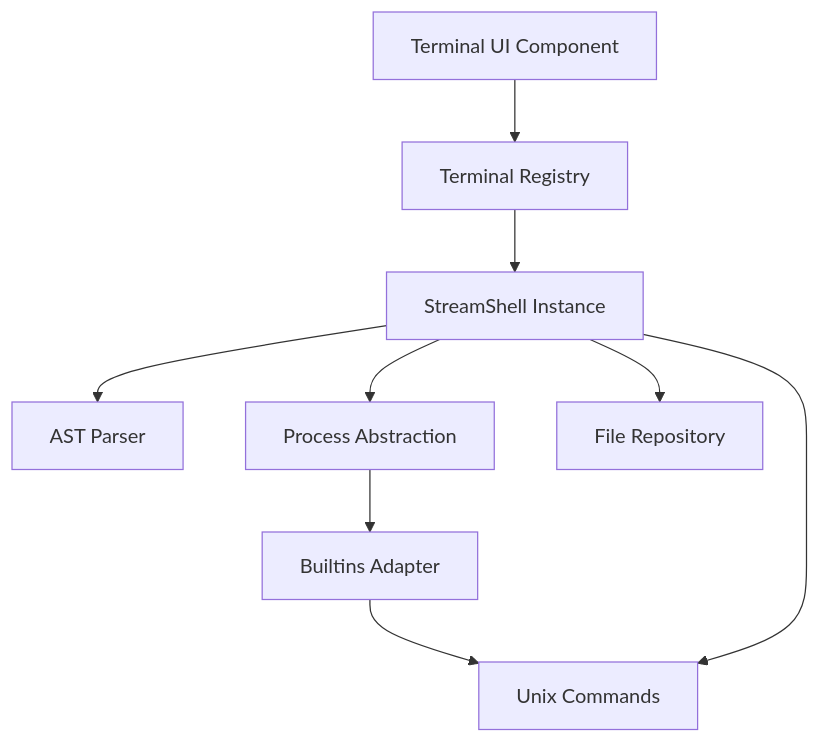
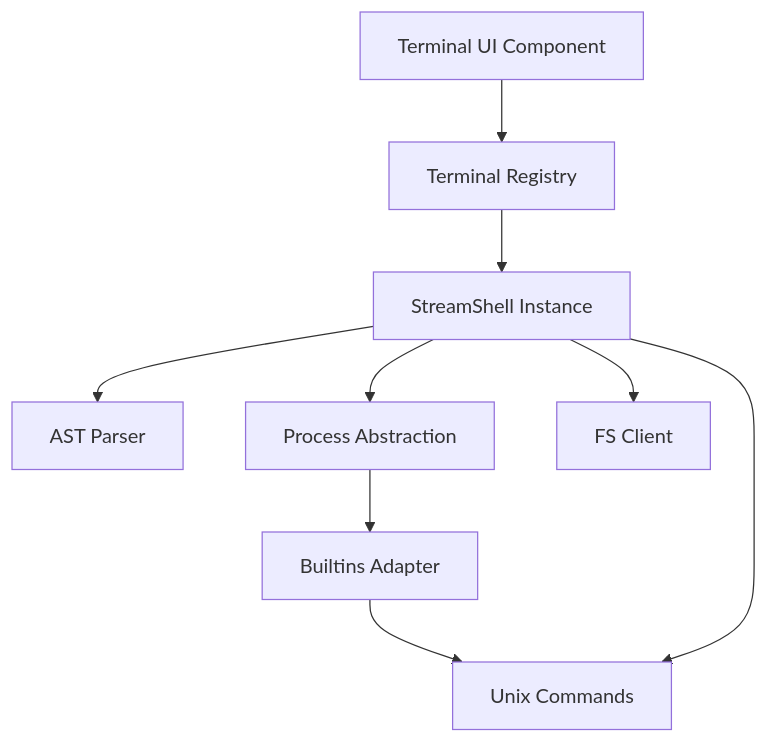
The first of 8 diagrams in docs/SHELL-SYSTEM.md (Stasshe/Pyxis-CodeCanvas), drawn with Mermaid before and after one commit. The commit also changed other lines of this file and 330 other files, not shown here.

````diff
--- a/docs/SHELL-SYSTEM.md
+++ b/docs/SHELL-SYSTEM.md
@@ -9,11 +9,11 @@
 ```mermaid
 graph TB
     Terminal[Terminal UI Component] --> TerminalRegistry[Terminal Registry]
     TerminalRegistry --> StreamShell[StreamShell Instance]
     StreamShell --> Parser[AST Parser]
     StreamShell --> Process[Process Abstraction]
     Process --> Builtins[Builtins Adapter]
     Builtins --> UnixCommands[Unix Commands]
     StreamShell --> UnixCommands
-    StreamShell --> FileRepository[File Repository]
+    StreamShell --> FsClient[FS Client]
 ```
````
